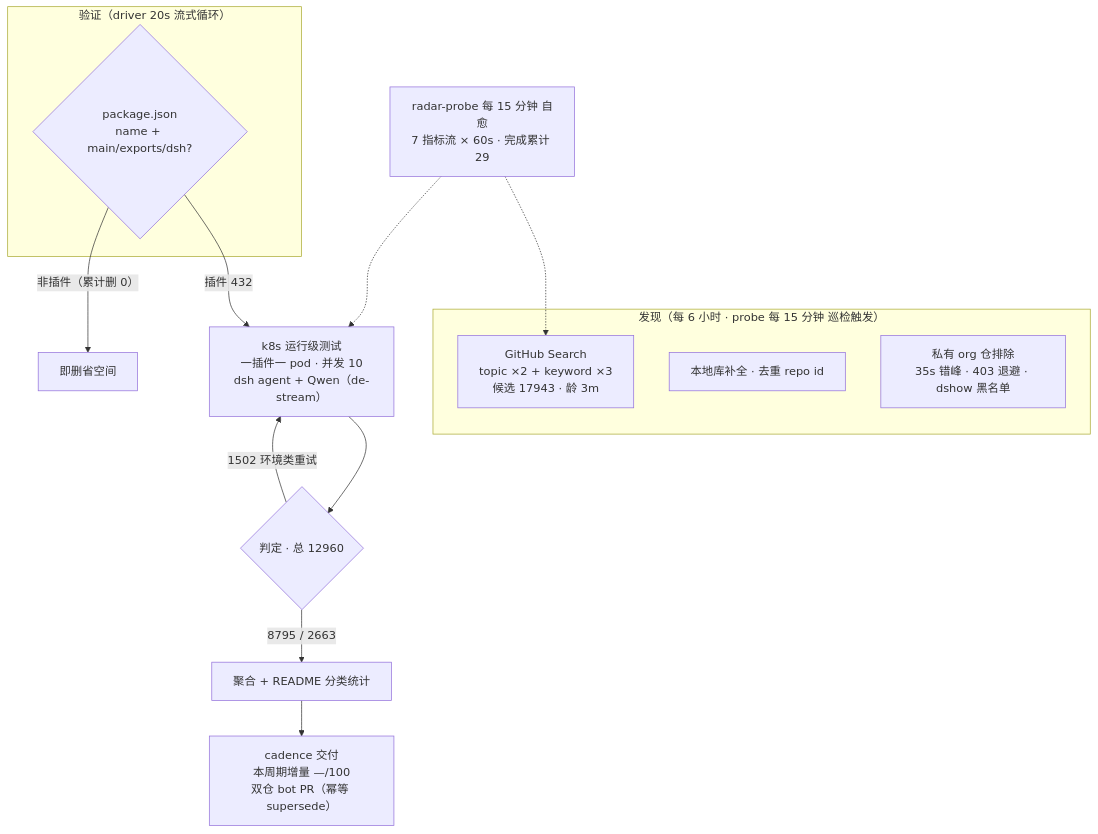
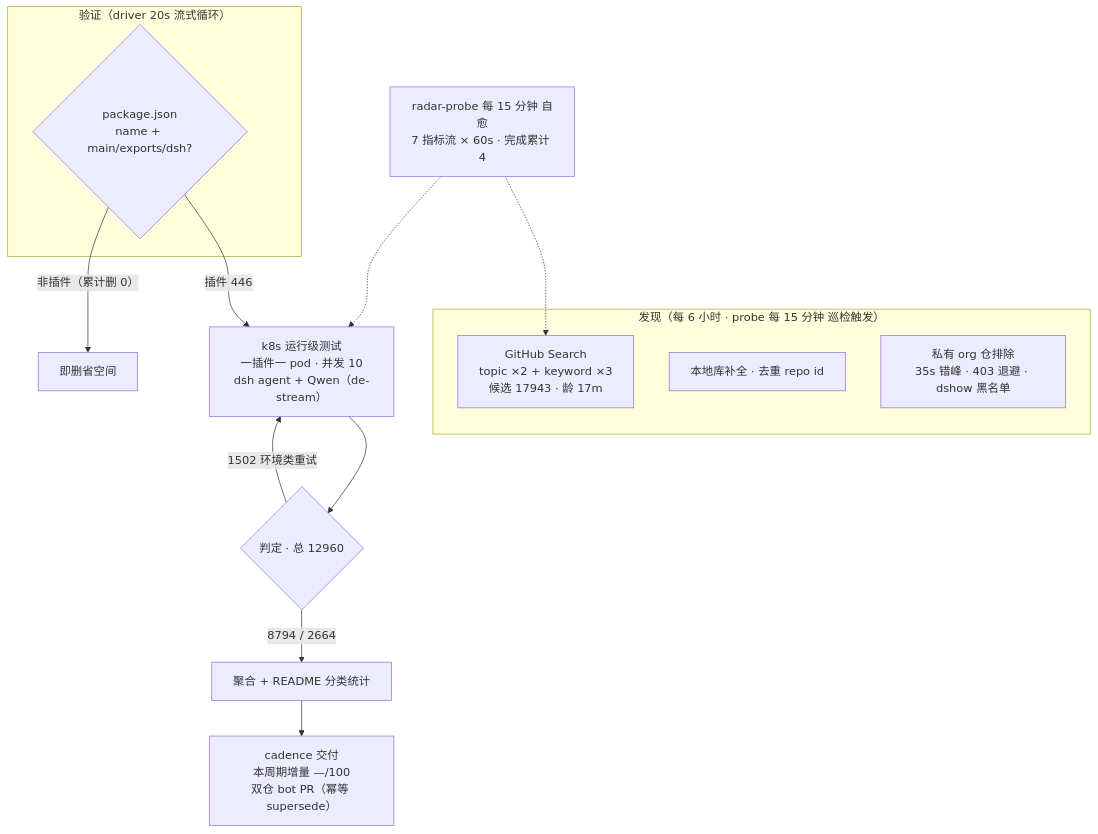
One commit to AdamPlatin123/awesome-dsh-plugins changed the diagram in README.md. Above: the diagram before and after it, drawn with Mermaid. The commit also changed other lines of this file and 5 other files, not shown here.

````diff
--- a/README.md
+++ b/README.md
@@ -52,20 +52,20 @@
 ```mermaid
 flowchart TB
     subgraph Discovery["发现（每 6 小时 · probe 每 15 分钟 巡检触发）"]
-        A1["GitHub Search<br/>topic ×2 + keyword ×3<br/>候选 17943 · 龄 3m"]
+        A1["GitHub Search<br/>topic ×2 + keyword ×3<br/>候选 17943 · 龄 17m"]
         A2["本地库补全 · 去重 repo id"]
         A3["私有 org 仓排除<br/>35s 错峰 · 403 退避 · dshow 黑名单"]
     end
     subgraph Validation["验证（driver 20s 流式循环）"]
         B1{"package.json<br/>name + main/exports/dsh?"}
     end
-    B1 -->|"插件 432"| C1["k8s 运行级测试<br/>一插件一 pod · 并发 10<br/>dsh agent + Qwen（de-stream）"]
+    B1 -->|"插件 446"| C1["k8s 运行级测试<br/>一插件一 pod · 并发 10<br/>dsh agent + Qwen（de-stream）"]
     B1 -->|"非插件（累计删 0）"| B3["即删省空间"]
     C1 --> D1{"判定 · 总 12960"}
-    D1 -->|"8795 / 2663"| E1["聚合 + README 分类统计"]
+    D1 -->|"8794 / 2664"| E1["聚合 + README 分类统计"]
     D1 -->|"1502 环境类重试"| C1
     E1 --> E2["cadence 交付<br/>本周期增量 —/100<br/>双仓 bot PR（幂等 supersede）"]
-    M["radar-probe 每 15 分钟 自愈<br/>7 指标流 × 60s · 完成累计 29"]
+    M["radar-probe 每 15 分钟 自愈<br/>7 指标流 × 60s · 完成累计 4"]
     M -.-> A1
     M -.-> C1
 ```
````
